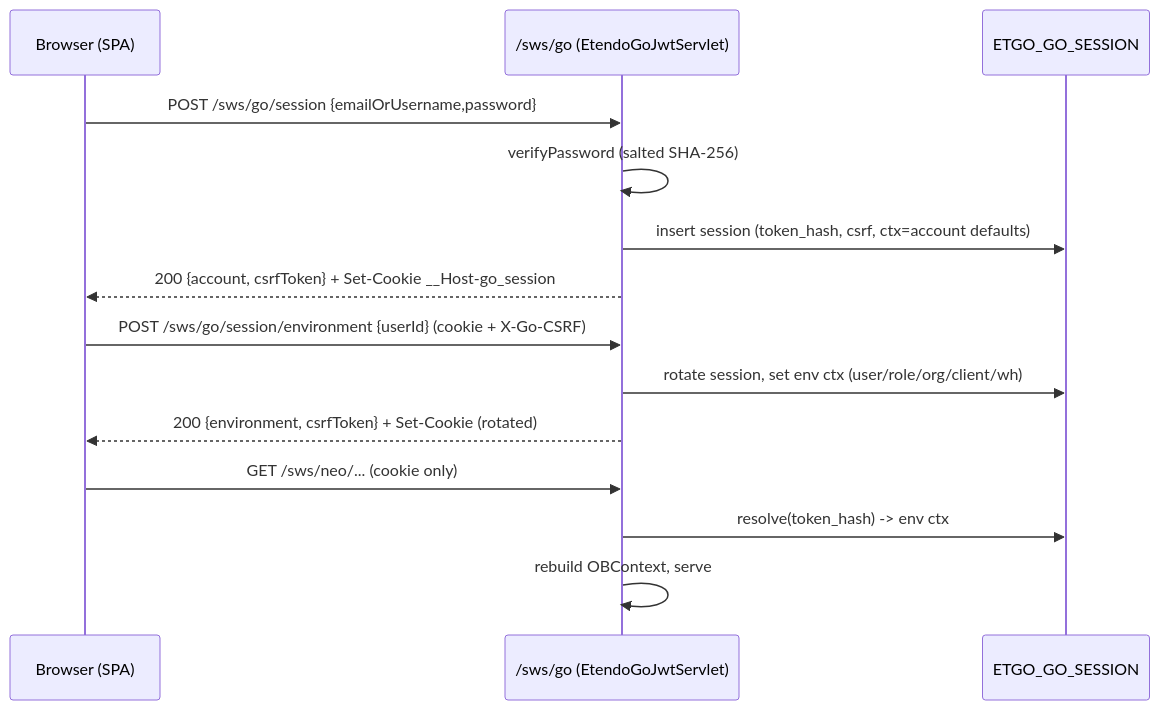
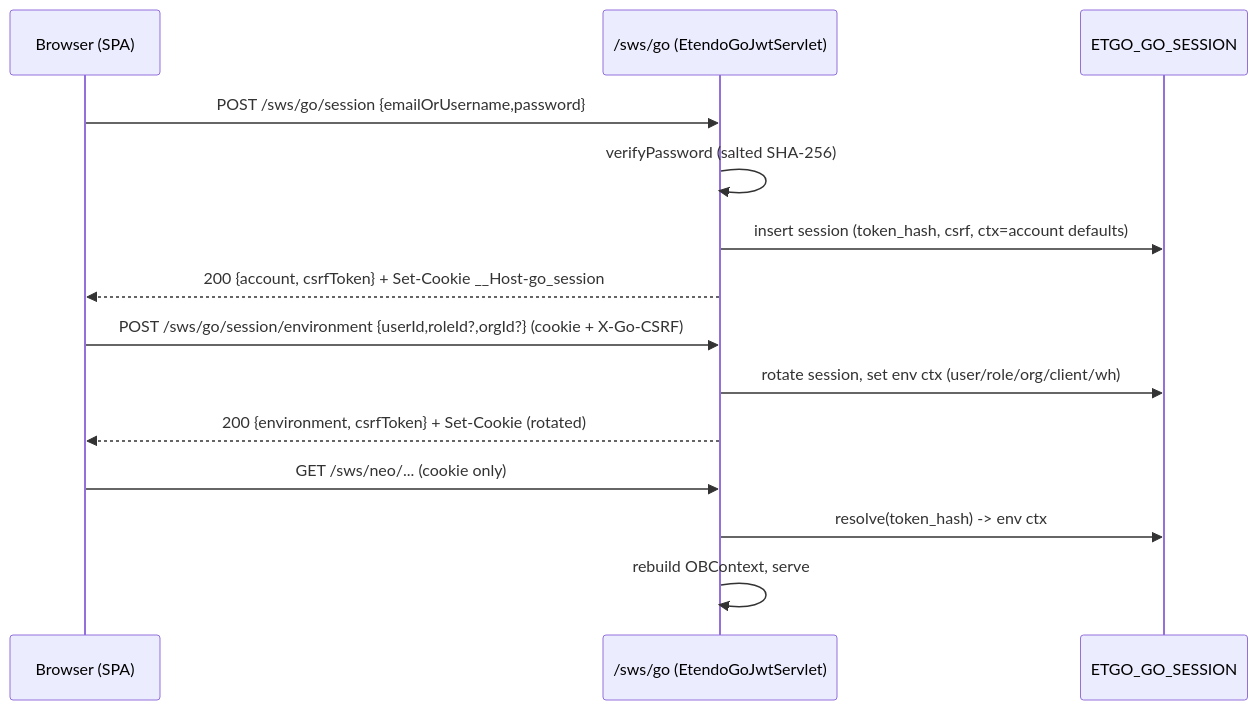
The first of 5 diagrams in docs/adr/0001-backend-managed-session.md (etendosoftware/com.etendoerp.go), drawn with Mermaid before and after one commit. The commit also changed other lines of this file and 12 other files, not shown here.

````diff
--- a/docs/adr/0001-backend-managed-session.md
+++ b/docs/adr/0001-backend-managed-session.md
@@ -156,16 +158,16 @@
 ```mermaid
 sequenceDiagram
     participant B as Browser (SPA)
     participant GO as /sws/go (EtendoGoJwtServlet)
     participant DB as ETGO_GO_SESSION
     B->>GO: POST /sws/go/session {emailOrUsername,password}
     GO->>GO: verifyPassword (salted SHA-256)
     GO->>DB: insert session (token_hash, csrf, ctx=account defaults)
     GO-->>B: 200 {account, csrfToken} + Set-Cookie __Host-go_session
-    B->>GO: POST /sws/go/session/environment {userId} (cookie + X-Go-CSRF)
+    B->>GO: POST /sws/go/session/environment {userId,roleId?,orgId?} (cookie + X-Go-CSRF)
     GO->>DB: rotate session, set env ctx (user/role/org/client/wh)
     GO-->>B: 200 {environment, csrfToken} + Set-Cookie (rotated)
     B->>GO: GET /sws/neo/... (cookie only)
     GO->>DB: resolve(token_hash) -> env ctx
     GO->>GO: rebuild OBContext, serve
 ```
````
